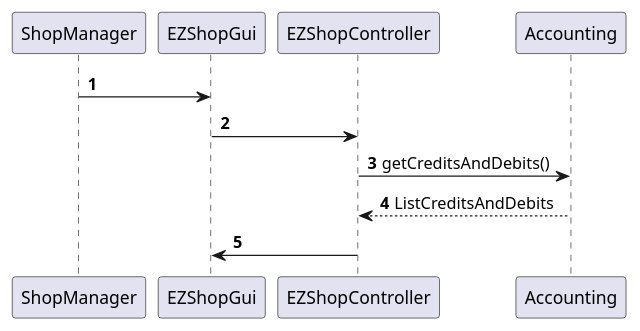
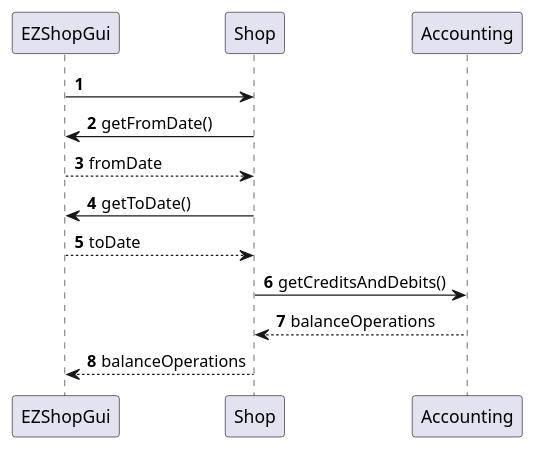
One commit to mkexc/ezshop changed diagram 12 of 12 in Deliverables/DesignDocument.md. Above: the diagram before and after it, drawn with PlantUML. The commit also changed other lines of this file and 3 other files, not shown here.

Commit message:
Deliverables: fixed LowLevel design, added sequence diagrams, started estimation

````diff
--- a/Deliverables/DesignDocument.md
+++ b/Deliverables/DesignDocument.md
@@ -469,11 +531,13 @@
 ```plantuml
 @startuml
 autonumber
-ShopManager -> EZShopGui
-EZShopGui -> EZShopController
-EZShopController -> Accounting :getCreditsAndDebits()
-EZShopController <-- Accounting :ListCreditsAndDebits
-EZShopGui <- EZShopController
-
+EZShopGui -> Shop
+EZShopGui <- Shop : getFromDate()
+EZShopGui --> Shop : fromDate
+EZShopGui <- Shop : getToDate()
+EZShopGui --> Shop : toDate
+Shop -> Accounting :getCreditsAndDebits()
+Shop <-- Accounting :balanceOperations
+EZShopGui <-- Shop  : balanceOperations
 @enduml
 ```
````
